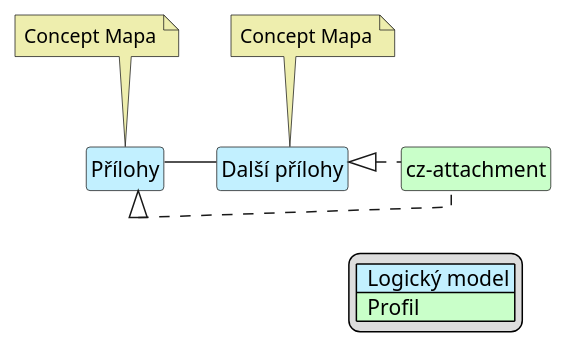
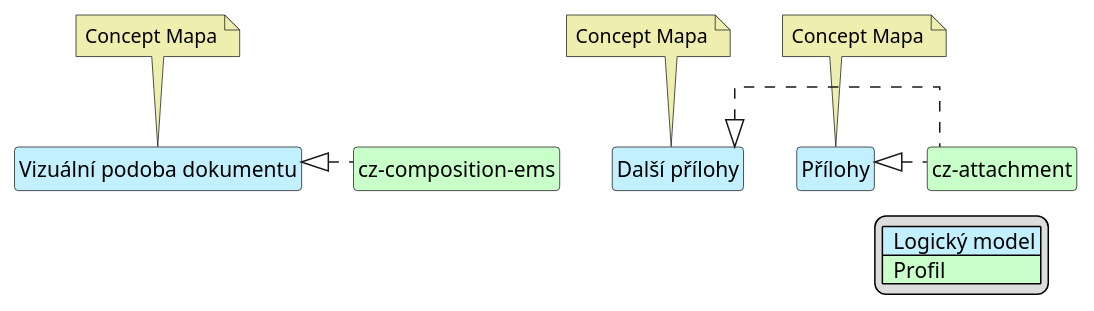
Before and after one commit to HL7-cz/cz-ems: the diagram in input/images-source/emsAttach-map-cs.plantuml, drawn with PlantUML. The commit also changed 30 other files, not shown here.

```diff
--- a/input/images-source/emsAttach-map-cs.plantuml
+++ b/input/images-source/emsAttach-map-cs.plantuml
@@ -1,36 +1,42 @@
 @startuml
 hide circle
 hide stereotype
 hide members
 hide methods
 skinparam linetype ortho
 skinparam class {
 BackgroundColor<<LogicalModel>> #APPLICATION
 BackgroundColor<<Profile>> #TECHNOLOGY
 }
 legend right
 | <#APPLICATION>  Logický model |
 | <#TECHNOLOGY>  Profil |
 endlegend
 
 class "Přílohy" <<LogicalModel>> [[StructureDefinition-LogAttachmentsEmsCz.html]]
 note top #EEEEAE [[ConceptMap-AttachmentEMS2FHIR-cz.html]]
 Concept Mapa
 endnote
 
 class "Další přílohy" <<LogicalModel>> [[StructureDefinition-LogAttachmentsCz.html]]
 note top #EEEEAE [[ConceptMap-AttachmentEMS2FHIR-cz.html]]
 Concept Mapa
 endnote
 
+class "Vizuální podoba dokumentu" <<LogicalModel>> [[StructureDefinition-LogPresentedFormCz.html]]
+note top #EEEEAE [[ConceptMap-AttachmentEMS2FHIR-cz.html]]
+Concept Mapa
+endnote
+
+class "cz-composition-ems" <<Profile>> [[https://build.fhir.org/ig/HL7-cz/cz-ems/StructureDefinition-cz-composition-ems.html]]
 class "cz-attachment" <<Profile>> [[https://build.fhir.org/ig/HL7-cz/cz-core/StructureDefinition-cz-attachment.html]]
 
-"Přílohy" -- "Další přílohy"
+"Vizuální podoba dokumentu" <|. "cz-composition-ems"
 "Další přílohy" <|. "cz-attachment"
 "Přílohy" <|. "cz-attachment"
 
-"Další přílohy" -r[hidden]-> "Přílohy"
+"Vizuální podoba dokumentu" -d[hidden]-> "cz-composition-ems"
 "Další přílohy" -d[hidden]-> "cz-attachment"
 "Přílohy" -d[hidden]-> "cz-attachment"
 
 @enduml
```
